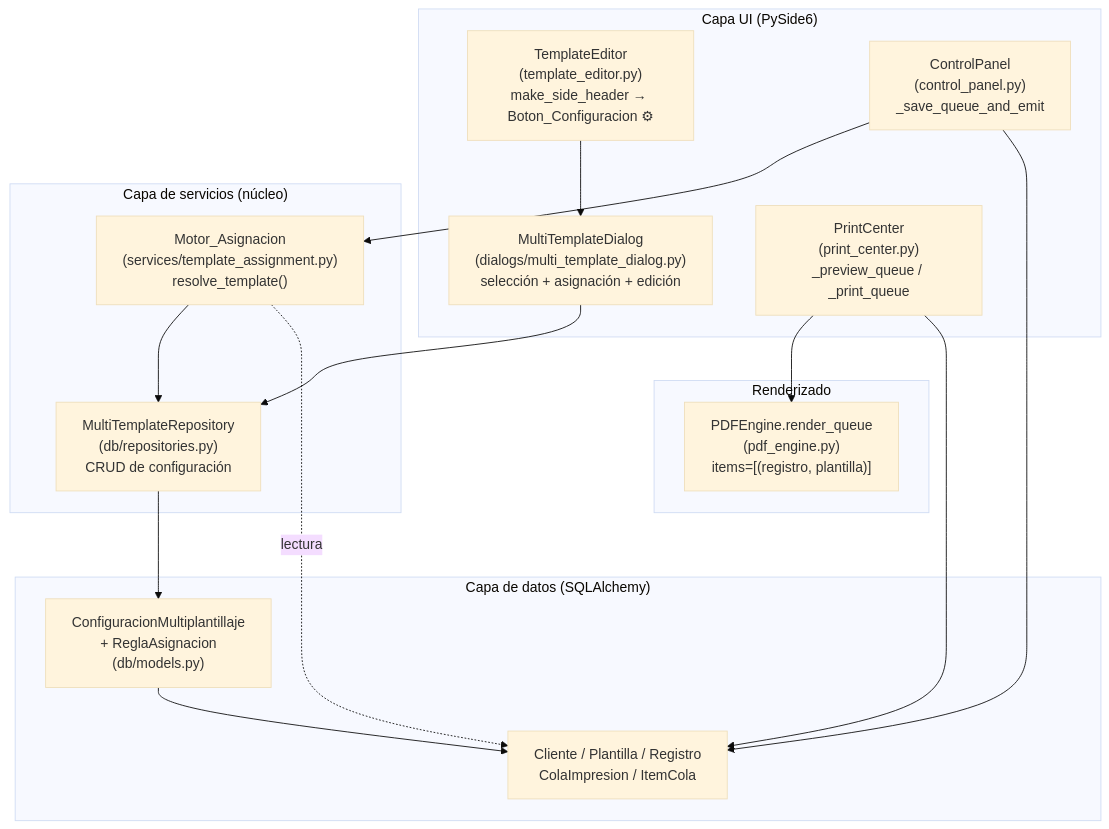
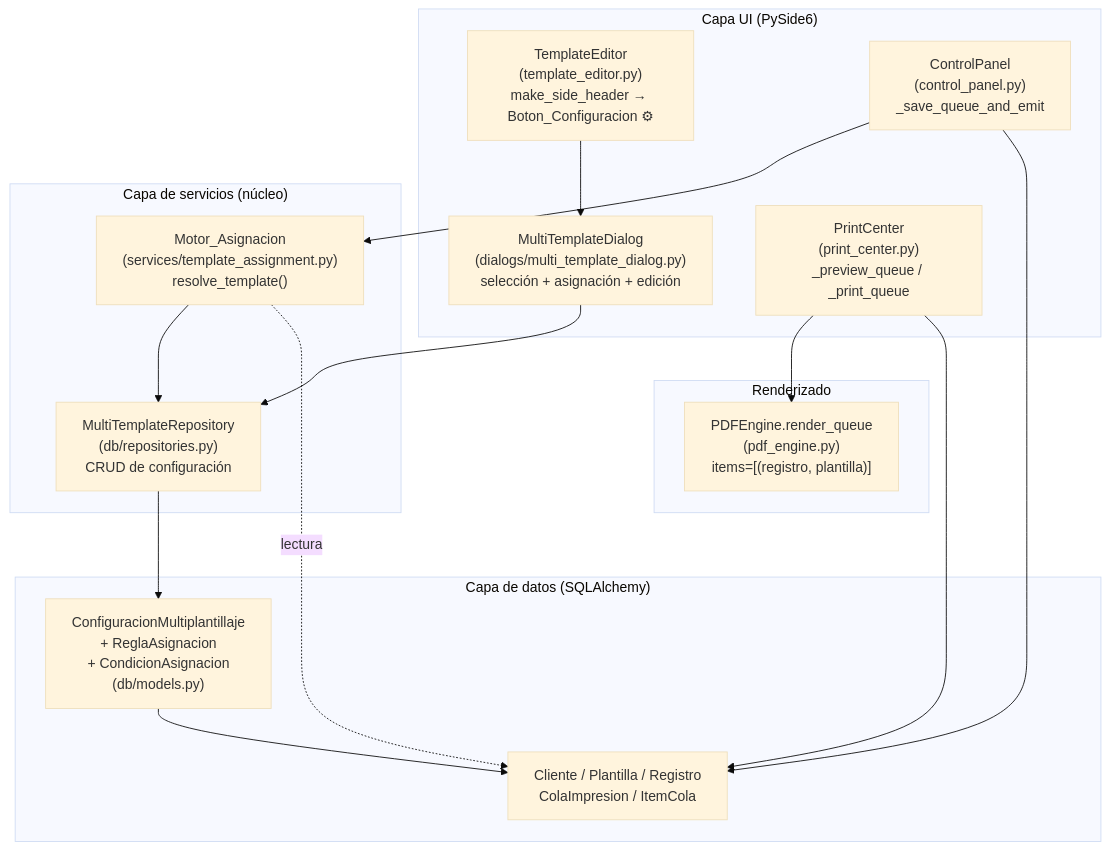
One commit to kioriy/sistema_credencializacion changed the first of 4 diagrams in .kiro/specs/multiplantillaje-base/design.md. Above: the diagram before and after it, drawn with Mermaid (base theme). The commit also changed other lines of this file and 32 other files, not shown here.

````diff
--- a/.kiro/specs/multiplantillaje-base/design.md
+++ b/.kiro/specs/multiplantillaje-base/design.md
@@ -39,34 +42,34 @@
 ```mermaid
 graph TD
     subgraph UI["Capa UI (PySide6)"]
         TE["TemplateEditor<br/>(template_editor.py)<br/>make_side_header → Boton_Configuracion ⚙"]
         DLG["MultiTemplateDialog<br/>(dialogs/multi_template_dialog.py)<br/>selección + asignación + edición"]
         CP["ControlPanel<br/>(control_panel.py)<br/>_save_queue_and_emit"]
         PC["PrintCenter<br/>(print_center.py)<br/>_preview_queue / _print_queue"]
     end
 
     subgraph SVC["Capa de servicios (núcleo)"]
         ENGINE["Motor_Asignacion<br/>(services/template_assignment.py)<br/>resolve_template()"]
         REPO["MultiTemplateRepository<br/>(db/repositories.py)<br/>CRUD de configuración"]
     end
 
     subgraph DATA["Capa de datos (SQLAlchemy)"]
-        MODEL["ConfiguracionMultiplantillaje<br/>+ ReglaAsignacion<br/>(db/models.py)"]
+        MODEL["ConfiguracionMultiplantillaje<br/>+ ReglaAsignacion<br/>+ CondicionAsignacion<br/>(db/models.py)"]
         EXIST["Cliente / Plantilla / Registro<br/>ColaImpresion / ItemCola"]
     end
 
     subgraph RENDER["Renderizado"]
         PDF["PDFEngine.render_queue<br/>(pdf_engine.py)<br/>items=[(registro, plantilla)]"]
     end
 
     TE --> DLG
     DLG --> REPO
     CP --> ENGINE
     ENGINE --> REPO
     REPO --> MODEL
     MODEL --> EXIST
     CP --> EXIST
     PC --> PDF
     PC --> EXIST
     ENGINE -.lectura.-> EXIST
 ```
````
